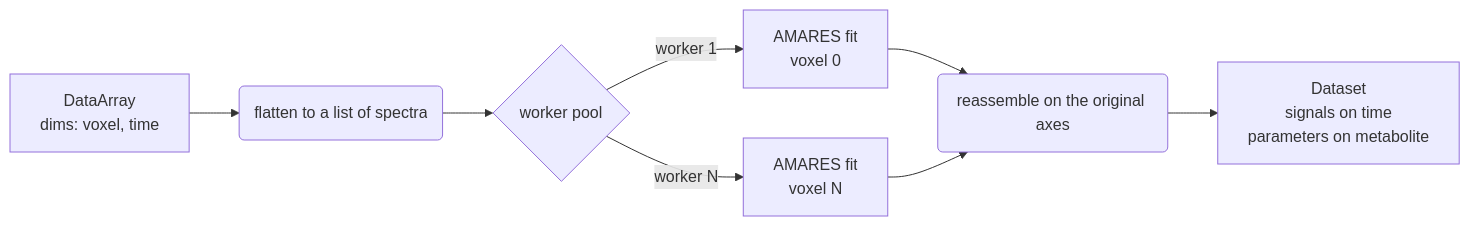
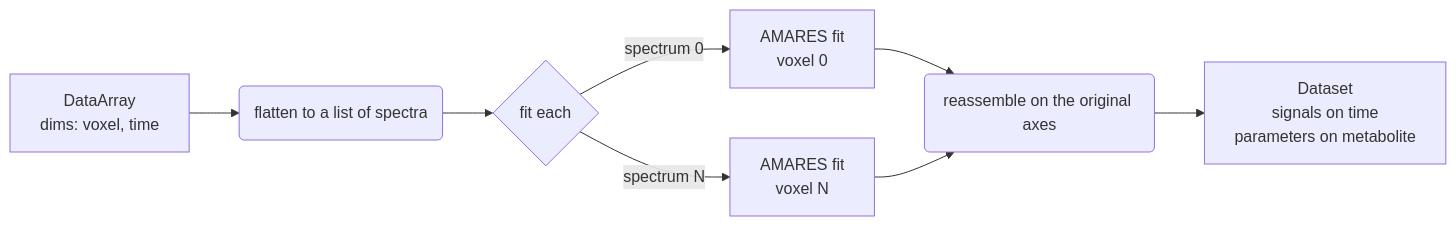
Before and after one commit to andrewendlinger/xmris: the diagram in docs/notebooks/fitting/pyamares.md, drawn with Mermaid. The commit also changed other lines of this file and 6 other files, not shown here.

First line of the commit message:
fix(fitting): default fit_amares to serial, make the worker pool opt-in

````diff
--- a/docs/notebooks/fitting/pyamares.md
+++ b/docs/notebooks/fitting/pyamares.md
@@ -170,10 +169,10 @@
 ```{mermaid}
 graph LR
     A["DataArray<br>dims: voxel, time"] --> B("flatten to a list of spectra")
-    B --> C{"worker pool"}
-    C -->|"worker 1"| D["AMARES fit<br>voxel 0"]
-    C -->|"worker N"| E["AMARES fit<br>voxel N"]
+    B --> C{"fit each"}
+    C -->|"spectrum 0"| D["AMARES fit<br>voxel 0"]
+    C -->|"spectrum N"| E["AMARES fit<br>voxel N"]
     D --> F("reassemble on the original axes")
     E --> F
     F --> G["Dataset<br>signals on time<br>parameters on metabolite"]
 ```
````
